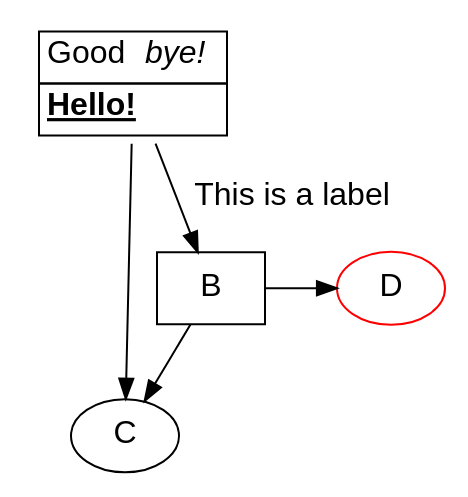
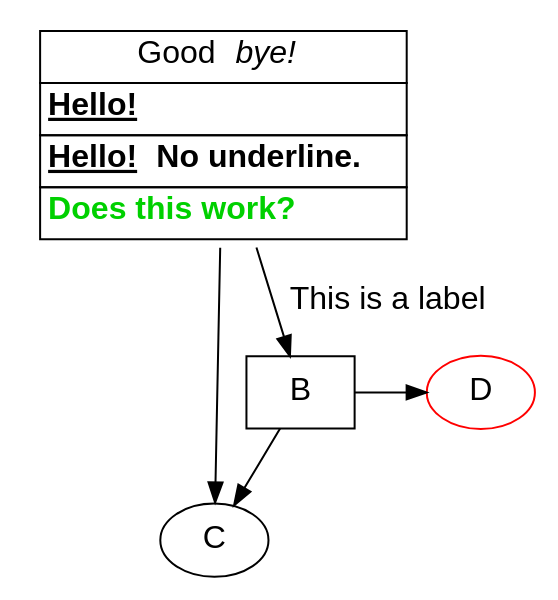
The diagram in doc/test.dot (softwaretechnik-berlin/graphviz-scala), drawn with Graphviz before and after one commit. The commit also changed 6 other files, not shown here.

```diff
--- a/doc/test.dot
+++ b/doc/test.dot
@@ -1,36 +1,38 @@
 digraph  {
   node  [
     fontname = "Helvetica";
     fontsize = 16.0;
   ];
   edge  [
     fontname = "Helvetica";
     fontsize = 16.0;
   ];
   fontname = "Helvetica";
   fontsize = 16.0;
   A [
     label = <<TABLE border="0" cellBorder="1" cellPadding="3" cellSpacing="0">
-      <TR>List(<TD >Good <I>bye!</I></TD>)</TR>
-      <TR>List(<TD align="Left"><B><U>Hello!</U></B></TD>)</TR>
+      <TR><TD >Good <I>bye!</I></TD></TR>
+      <TR><TD align="Left"><B><U>Hello!</U></B></TD></TR>
+      <TR><TD align="Left"><B><U>Hello!</U>No underline.</B></TD></TR>
+      <TR><TD align="Left"><B><FONT color="#00D000">Does this work?</FONT></B></TD></TR>
     </TABLE>>;
     shape = none;
   ];
   C;
   subgraph  {
     rank = same;
     B [
       shape = box;
     ];
     D [
       color = "#FF0000";
     ];
   }
   
   A -> B [
     label = "This is a label";
   ];
   A -> C;
   B -> C;
   B -> D;
 }
```
